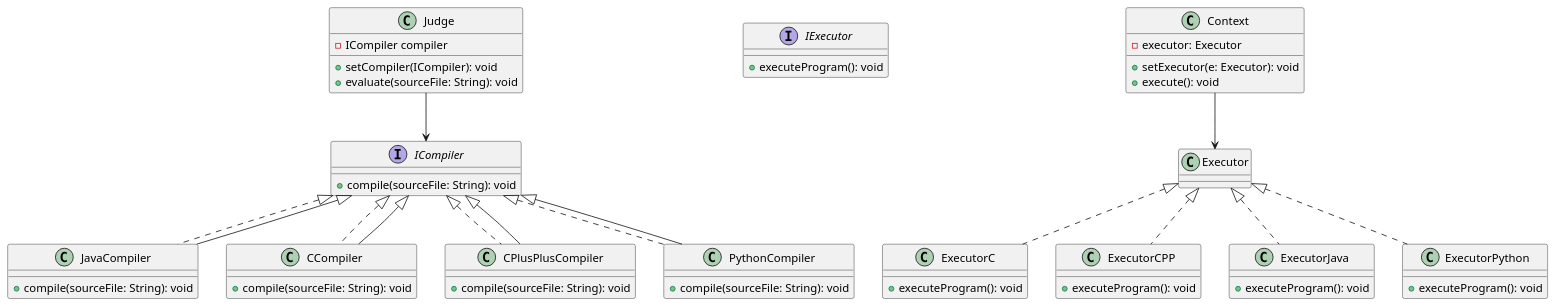
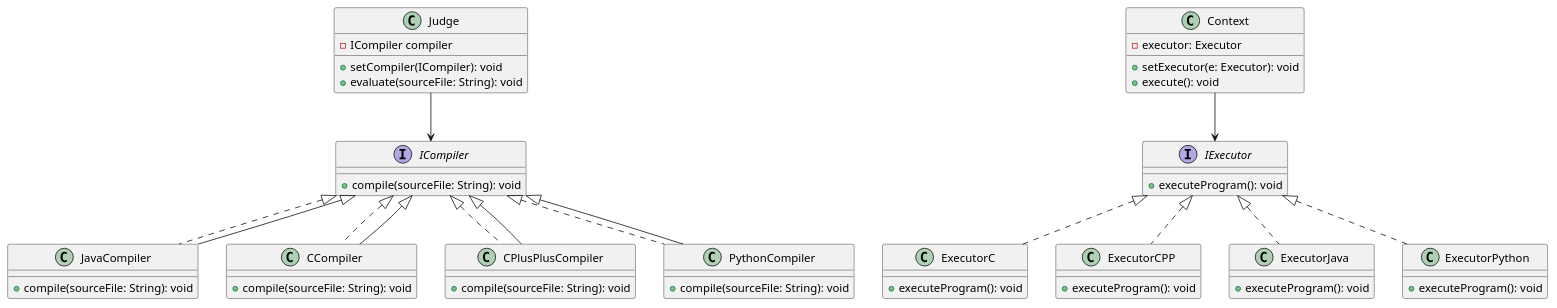
The diagram in README.md (quentinltg/lens-judge), drawn with PlantUML before and after one commit.

Commit message:
Correction du patron Executor

````diff
--- a/README.md
+++ b/README.md
@@ -35,71 +35,71 @@
 ```plantuml
 @startuml
 
 ' Compiler Interface
 interface ICompiler {
     + compile(sourceFile: String): void
 }
 
 ' Specific implementations for each language
 class JavaCompiler implements ICompiler {
     + compile(sourceFile: String): void
 }
 class CCompiler implements ICompiler {
     + compile(sourceFile: String): void
 }
 class CPlusPlusCompiler implements ICompiler {
     + compile(sourceFile: String): void
 }
 class PythonCompiler implements ICompiler {
     + compile(sourceFile: String): void
 }
 
 ' Judge uses a compiler
 class Judge {
     - ICompiler compiler
     + setCompiler(ICompiler): void
     + evaluate(sourceFile: String): void
 }
 
 interface IExecutor {
 + executeProgram(): void
   }
 
 class ExecutorC {
 + executeProgram(): void
   }
 
 class ExecutorCPP {
 + executeProgram(): void
   }
 
 class ExecutorJava {
 + executeProgram(): void
   }
 
 class ExecutorPython {
 + executeProgram(): void
   }
 
 class Context {
 - executor: Executor
 + setExecutor(e: Executor): void
 + execute(): void
   }
 
 ' Relationships
 JavaCompiler --|> ICompiler
 CCompiler --|> ICompiler
 CPlusPlusCompiler --|> ICompiler
 PythonCompiler --|> ICompiler
 Judge --> ICompiler
 
-Context --> Executor
-Executor <|.. ExecutorC
-Executor <|.. ExecutorCPP
-Executor <|.. ExecutorJava
-Executor <|.. ExecutorPython
+Context --> IExecutor
+IExecutor <|.. ExecutorC
+IExecutor <|.. ExecutorCPP
+IExecutor <|.. ExecutorJava
+IExecutor <|.. ExecutorPython
 
 @enduml
 
 ```
````
